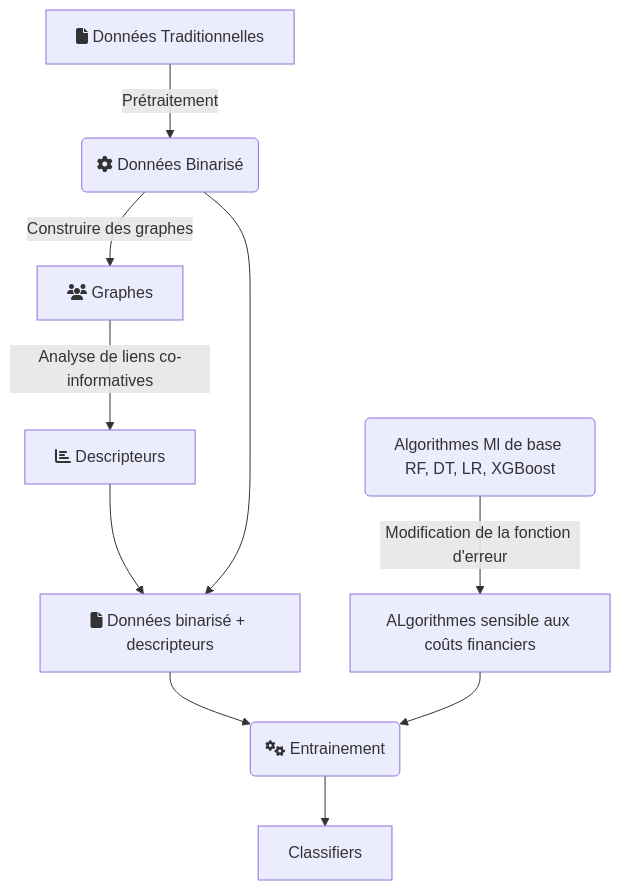
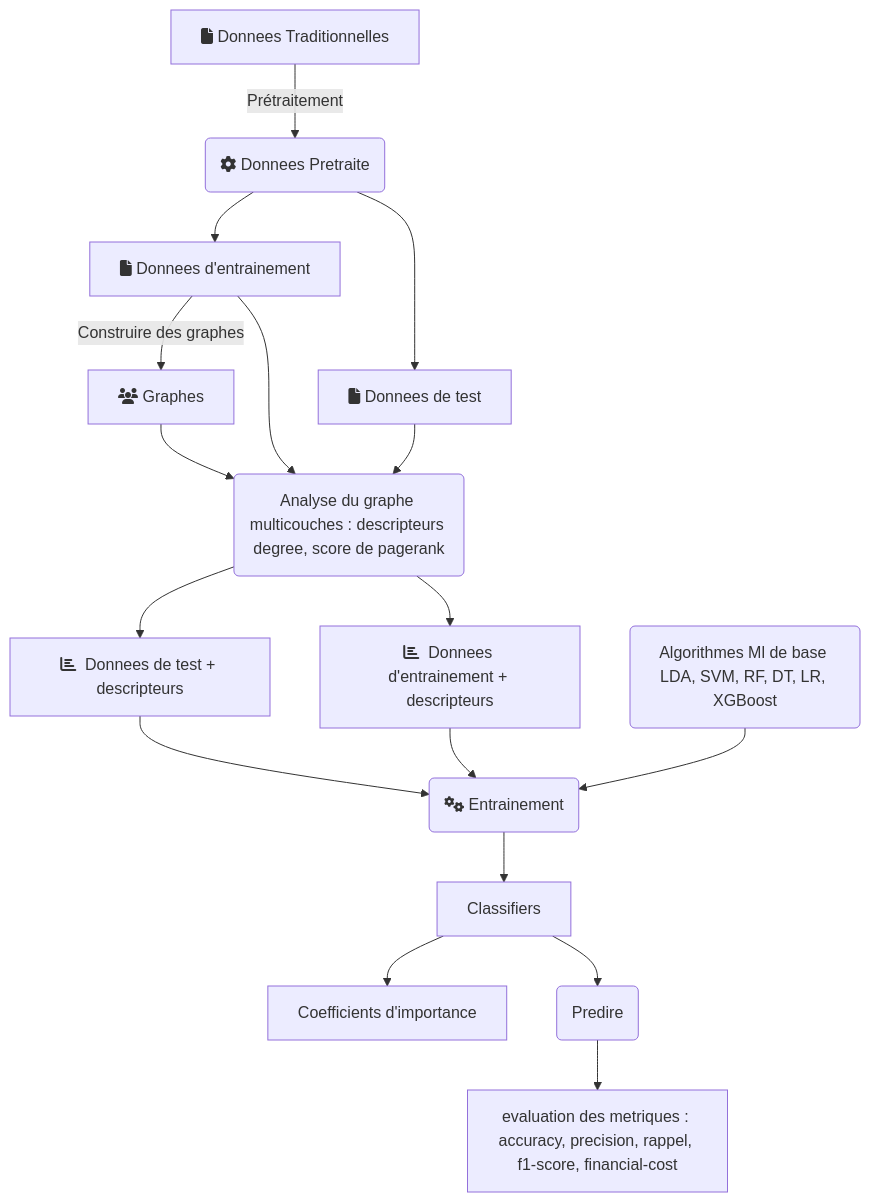
One commit to VictorNico/multilayer-graph-feature-extraction changed the diagram in scripting/archi.md. Above: the diagram before and after it, drawn with Mermaid. The commit also changed 410 other files, not shown here.

````diff
--- a/scripting/archi.md
+++ b/scripting/archi.md
@@ -1,12 +1,20 @@
 ```mermaid
 flowchart TD
-    A[fa:fa-file Données Traditionnelles] -->|Prétraitement| B(fa:fa-gear Données Binarisé)
-    B -->|Construire des graphes| C[fa:fa-users Graphes]
-    C -->|Analyse de liens co-informatives| D[fa:fa-bar-chart Descripteurs]
-    D -->E[fa:fa-file Données binarisé + descripteurs]
-    B -->E
-    F(Algorithmes Ml de base RF, DT, LR, XGBoost) -->|Modification de la fonction d'erreur| G[ALgorithmes sensible aux coûts financiers]
-    E --> H(fa:fa-cogs Entrainement)
-    G --> H
+    A[fa:fa-file Donnees Traditionnelles] -->|Prétraitement| B(fa:fa-gear Donnees Pretraite)
+    B --> J[fa:fa-file Donnees d'entrainement]
+    B --> K[fa:fa-file Donnees de test]
+    J -->|Construire des graphes| C[fa:fa-users Graphes]
+    C --> L(Analyse du graphe multicouches : descripteurs degree, score de pagerank)
+    J --> L
+    K --> L
+    L --> D[fa:fa-bar-chart  Donnees d'entrainement + descripteurs]
+    L --> G[fa:fa-bar-chart  Donnees de test + descripteurs]
+    
+    G --> H(fa:fa-cogs Entrainement)
+    D --> H
+    F(Algorithmes Ml de base LDA, SVM, RF, DT, LR, XGBoost) -->H
     H --> I[Classifiers]
+    I --> N[Coefficients d'importance]
+    I --> O(Predire)
+    O --> M[evaluation des metriques : accuracy, precision, rappel, f1-score, financial-cost]
 ```
````
